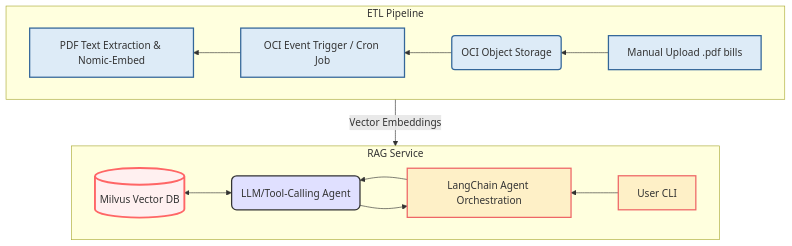
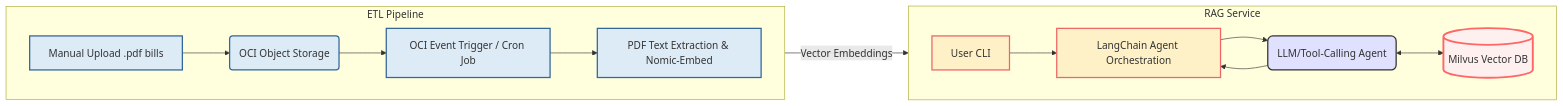
Before and after one commit to Alvan-Dmello/Intelligent-Utility-Bill-RAG: the diagram in README.md, drawn with Mermaid.

````diff
--- a/README.md
+++ b/README.md
@@ -29,79 +29,79 @@
 ```mermaid
 
-graph TD
+graph LR
 
 classDef etl fill:#DDEBF7,stroke:#369,stroke-width:2px;
 
 classDef rag fill:#FEF0C7,stroke:#E66,stroke-width:2px;
 
 classDef db fill:#FCE9E9,stroke:#F00,stroke-width:3px;
 
 classDef interface fill:#E6FFED,stroke:#0A0;
 
 
 
 subgraph ETL Pipeline
 
-direction RL
+direction LR
 
 A[Manual Upload .pdf bills]:::interface
 
 B(OCI Object Storage)
 
 C[OCI Event Trigger / Cron Job]
 
 D[PDF Text Extraction & Nomic-Embed]
 
 
 
 A --> B --> C --> D;
 
 class A,B,C,D etl
 
 end
 
 
 
 subgraph RAG Service
 
-direction RL
+direction LR
 
 F[User CLI]:::interface
 
 I[LangChain Agent Orchestration]
 
 H(LLM/Tool-Calling Agent)
 
 E[(Milvus Vector DB)]:::db
 
 
 
 F --> I;
 
 I --> H;
 
 H <--> E;
 
 H --> I;
 
 
 
 class F,I,H rag
 
 end
 
 
 
 %% Link the two subgraphs
 
 D -- Vector Embeddings --> E;
 
 
 
 %% Explicitly style the DB and Agent for emphasis (optional, can be removed if classes are enough)
 
 style H fill:#E0E0FF,stroke:#333,stroke-width:2px,rx:8px,ry:8px
 
 style E fill:#FFF0F0,stroke:#F66,stroke-width:3px
 
 ```
````
